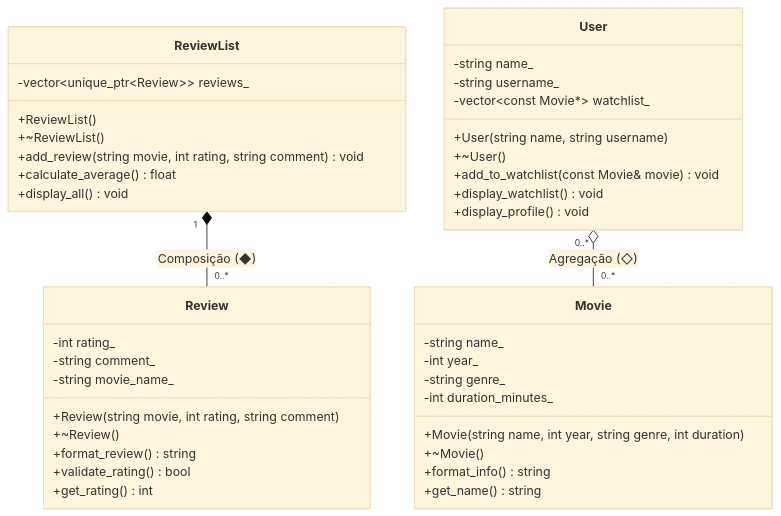
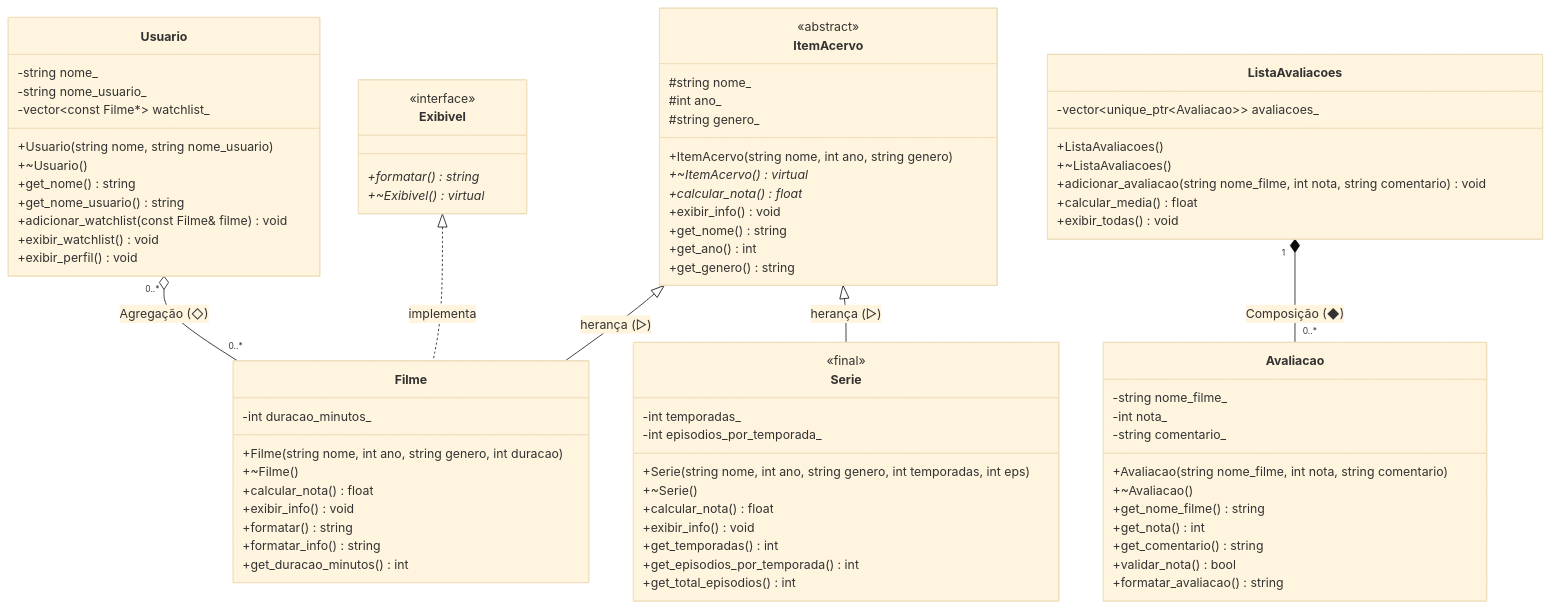
The diagram in README.md (k4iovitor/projeto-poo-letterboxd), drawn with Mermaid (base theme) before and after one commit. The commit also changed other lines of this file and 566 other files, not shown here.

````diff
--- a/README.md
+++ b/README.md
@@ -11,47 +28,87 @@
 ```mermaid
 classDiagram
-    class Movie {
-        -string name_
-        -int year_
-        -string genre_
-        -int duration_minutes_
-        +Movie(string name, int year, string genre, int duration)
-        +~Movie()
-        +format_info() string
-        +get_name() string
+    class ItemAcervo {
+        <<abstract>>
+        #string nome_
+        #int ano_
+        #string genero_
+        +ItemAcervo(string nome, int ano, string genero)
+        +~ItemAcervo()* virtual
+        +calcular_nota()* float
+        +exibir_info() void
+        +get_nome() string
+        +get_ano() int
+        +get_genero() string
     }
 
-    class Review {
-        -int rating_
-        -string comment_
-        -string movie_name_
-        +Review(string movie, int rating, string comment)
-        +~Review()
-        +format_review() string
-        +validate_rating() bool
-        +get_rating() int
+    class Exibivel {
+        <<interface>>
+        +formatar()* string
+        +~Exibivel()* virtual
     }
 
-    class ReviewList {
-        -vector~unique_ptr~Review~~ reviews_
-        +ReviewList()
-        +~ReviewList()
-        +add_review(string movie, int rating, string comment) void
-        +calculate_average() float
-        +display_all() void
+    class Filme {
+        -int duracao_minutos_
+        +Filme(string nome, int ano, string genero, int duracao)
+        +~Filme()
+        +calcular_nota() float
+        +exibir_info() void
+        +formatar() string
+        +formatar_info() string
+        +get_duracao_minutos() int
     }
 
-    class User {
-        -string name_
-        -string username_
-        -vector~const Movie*~ watchlist_
-        +User(string name, string username)
-        +~User()
-        +add_to_watchlist(const Movie& movie) void
-        +display_watchlist() void
-        +display_profile() void
+    class Serie {
+        <<final>>
+        -int temporadas_
+        -int episodios_por_temporada_
+        +Serie(string nome, int ano, string genero, int temporadas, int eps)
+        +~Serie()
+        +calcular_nota() float
+        +exibir_info() void
+        +get_temporadas() int
+        +get_episodios_por_temporada() int
+        +get_total_episodios() int
     }
 
-    ReviewList "1" *-- "0..*" Review : Composição (◆)
-    User "0..*" o-- "0..*" Movie : Agregação (◇)
+    class Avaliacao {
+        -string nome_filme_
+        -int nota_
+        -string comentario_
+        +Avaliacao(string nome_filme, int nota, string comentario)
+        +~Avaliacao()
+        +get_nome_filme() string
+        +get_nota() int
+        +get_comentario() string
+        +validar_nota() bool
+        +formatar_avaliacao() string
+    }
+
+    class ListaAvaliacoes {
+        -vector~unique_ptr~Avaliacao~~ avaliacoes_
+        +ListaAvaliacoes()
+        +~ListaAvaliacoes()
+        +adicionar_avaliacao(string nome_filme, int nota, string comentario) void
+        +calcular_media() float
+        +exibir_todas() void
+    }
+
+    class Usuario {
+        -string nome_
+        -string nome_usuario_
+        -vector~const Filme*~ watchlist_
+        +Usuario(string nome, string nome_usuario)
+        +~Usuario()
+        +get_nome() string
+        +get_nome_usuario() string
+        +adicionar_watchlist(const Filme& filme) void
+        +exibir_watchlist() void
+        +exibir_perfil() void
+    }
+
+    ItemAcervo <|-- Filme : herança (▷)
+    ItemAcervo <|-- Serie : herança (▷)
+    Exibivel <|.. Filme : implementa
+    ListaAvaliacoes "1" *-- "0..*" Avaliacao : Composição (◆)
+    Usuario "0..*" o-- "0..*" Filme : Agregação (◇)
 ```
````
